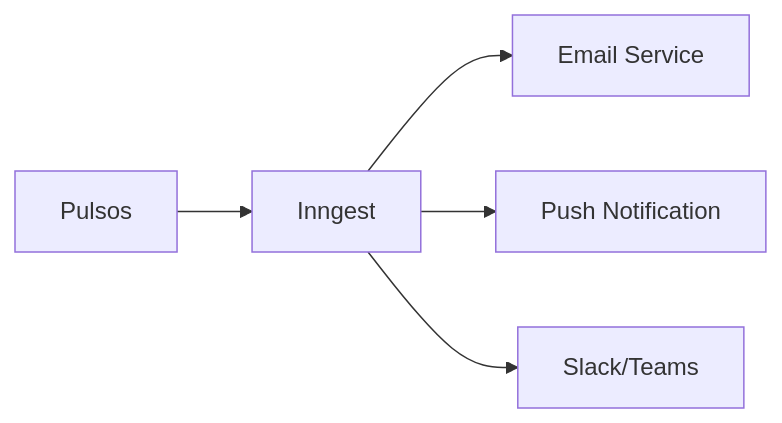
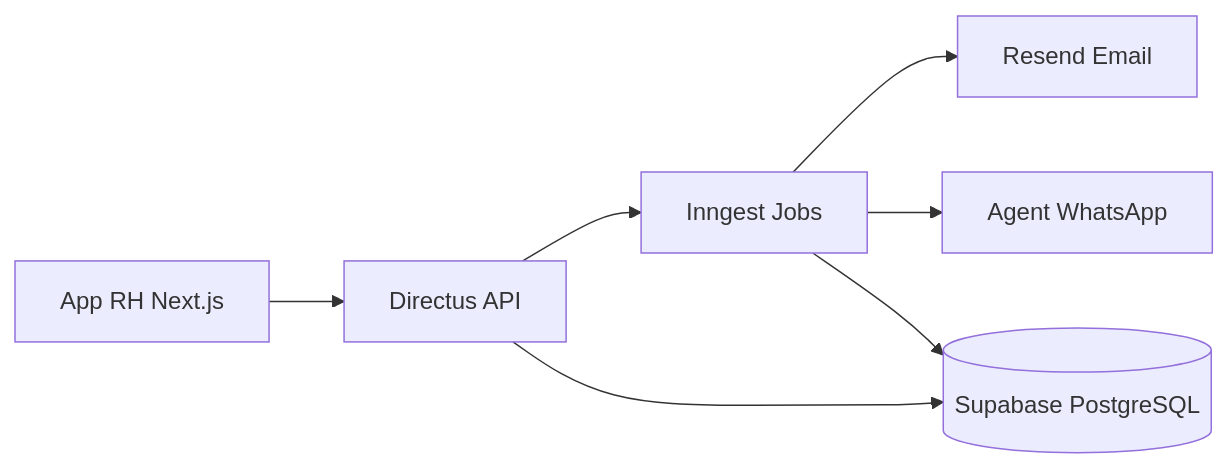
One commit to leapy-edtech/docs changed the first of 4 diagrams in documentation/domains/pulses/integrations.mdx. Above: the diagram before and after it, drawn with Mermaid. The commit also changed other lines of this file and 23 other files, not shown here.

Commit message:
docs: full Pulsos documentation (guides, api-reference, jobs, integrations and etc)

````diff
--- a/documentation/domains/pulses/integrations.mdx
+++ b/documentation/domains/pulses/integrations.mdx
@@ -35,7 +10,10 @@
 ```mermaid
 flowchart LR
-    PULSE[Pulsos] --> INNGEST[Inngest]
-    INNGEST --> EMAIL[Email Service]
-    INNGEST --> PUSH[Push Notification]
-    INNGEST --> SLACK[Slack/Teams]
+    Directus[Directus API] --> Inngest[Inngest Jobs]
+    Inngest --> Resend[Resend Email]
+    Inngest --> Agent[Agent WhatsApp]
+    Inngest --> Supabase[(Supabase PostgreSQL)]
+    
+    Frontend[App RH Next.js] --> Directus
+    Directus --> Supabase
 ```
````
